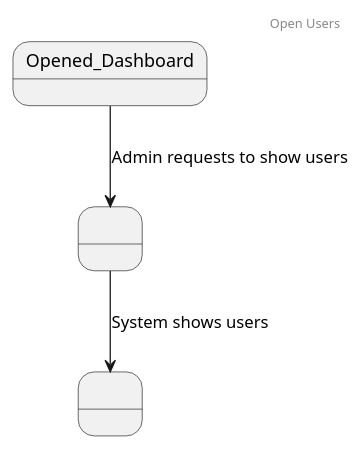
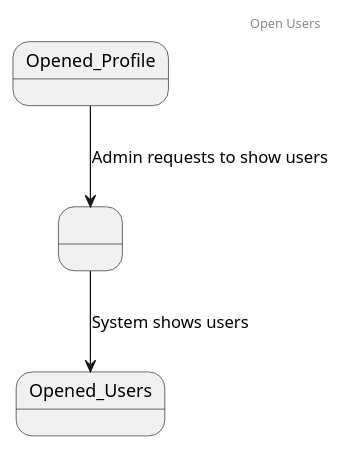
One commit to rafaelacirino/miw-backend-foro changed the diagram in src/main/resources/templates/useCases/especificacionesCasosDeUso/openUsers.plantuml. Above: the diagram before and after it, drawn with PlantUML. The commit also changed 9 other files, not shown here.

Commit message:
update diagrams

```diff
--- a/src/main/resources/templates/useCases/especificacionesCasosDeUso/openUsers.plantuml
+++ b/src/main/resources/templates/useCases/especificacionesCasosDeUso/openUsers.plantuml
@@ -1,13 +1,12 @@
 @startuml
 
 header Open Users
 
 state " " as s1
-state " " as s2
 
 
-Opened_Dashboard --> s1 : Admin requests to show users
+Opened_Profile --> s1 : Admin requests to show users
 
-s1 --> s2 : System shows users
+s1 --> Opened_Users : System shows users
 
 @enduml
```
